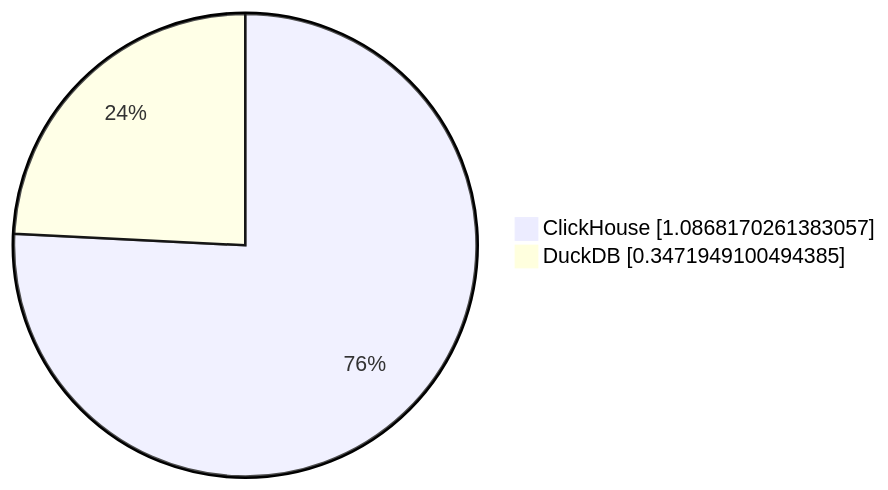
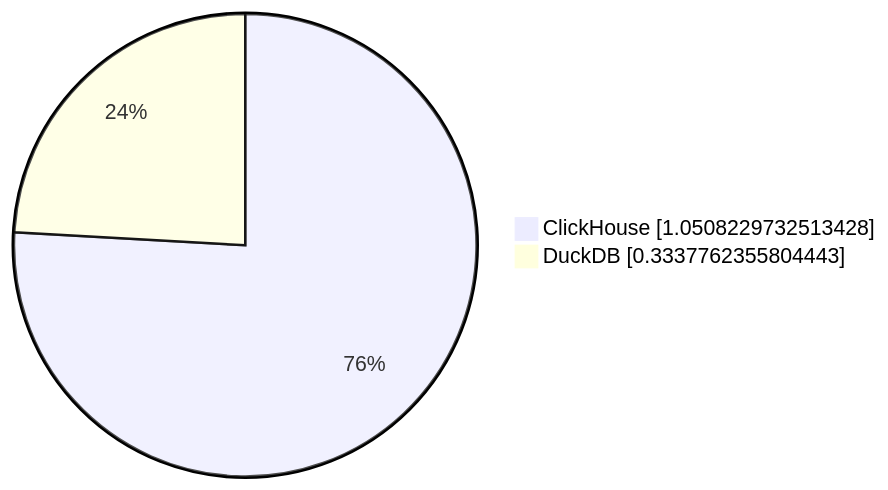
The sixth of 10 diagrams in parquet/performance/results/ontime/23.11.1.2711-alpine/README.md (Altinity/clickhouse-regression), drawn with Mermaid before and after one commit. The commit also changed other lines of this file and 8 other files, not shown here.

````diff
--- a/parquet/performance/results/ontime/23.11.1.2711-alpine/README.md
+++ b/parquet/performance/results/ontime/23.11.1.2711-alpine/README.md
@@ -60,5 +60,5 @@
 ```mermaid
      pie showData
-         "ClickHouse" : 1.0868170261383057
-         "DuckDB" : 0.3471949100494385
+         "ClickHouse" : 1.0508229732513428
+         "DuckDB" : 0.3337762355804443
 ```
````
